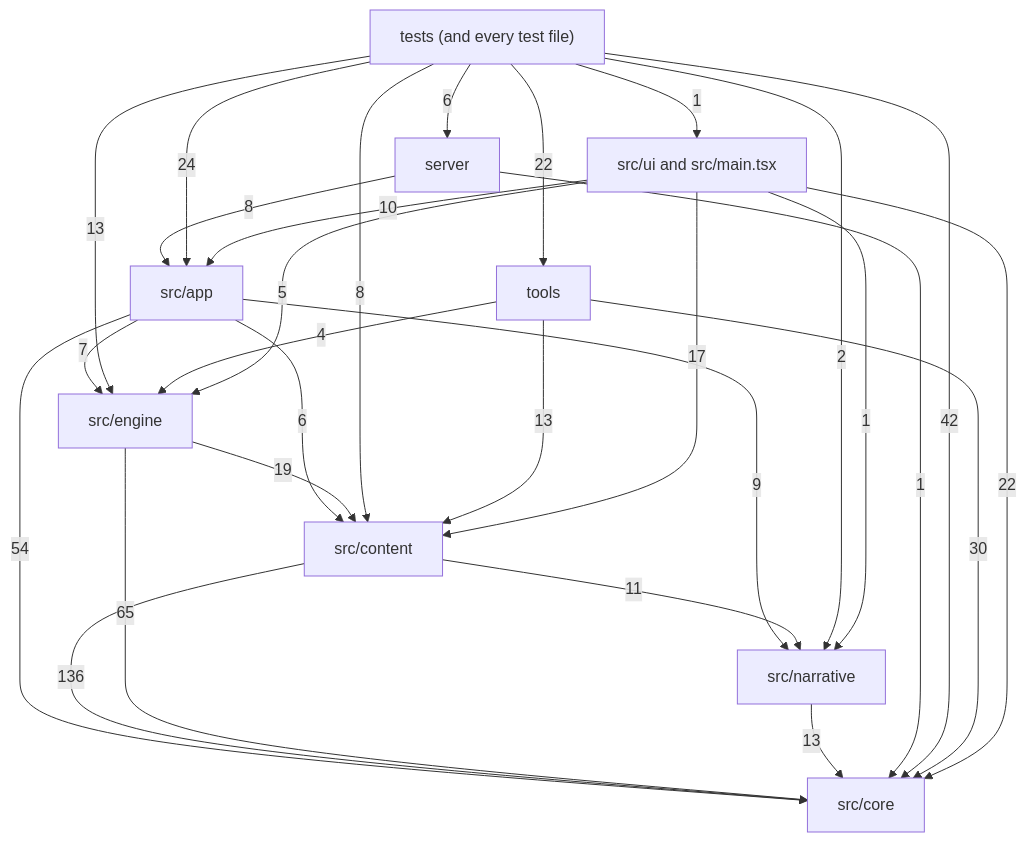
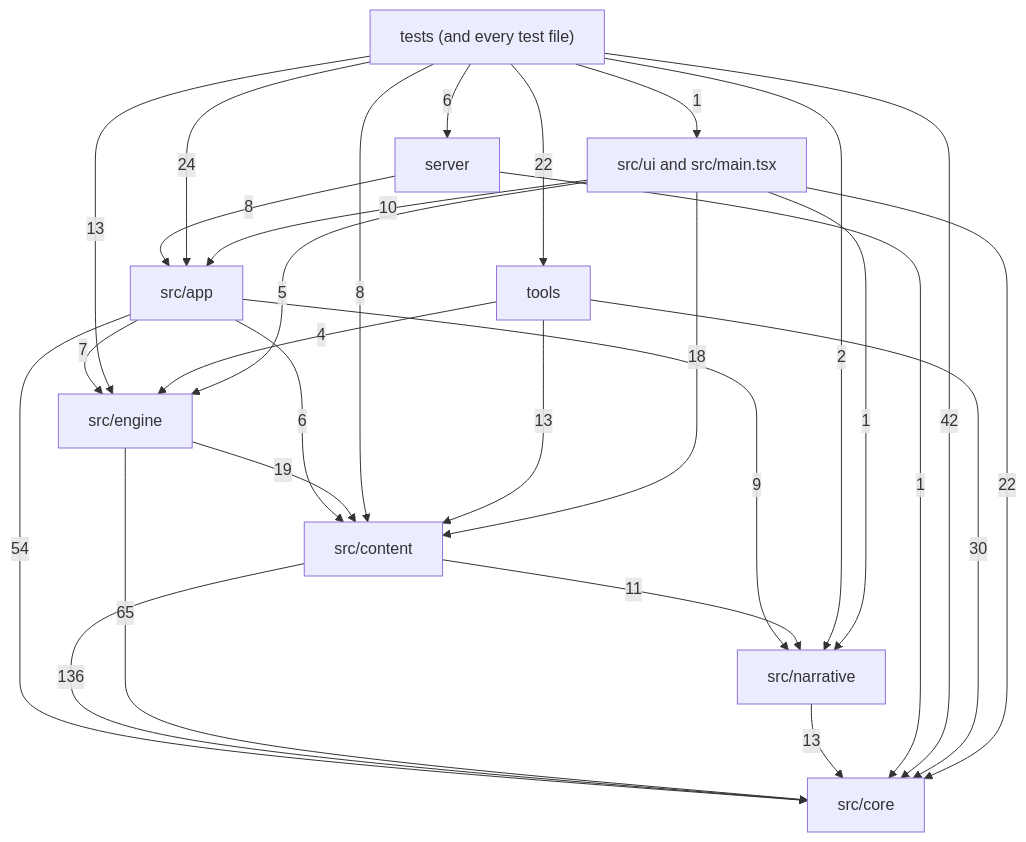
The diagram in docs/reference/code-map/README.md (OrangeB0lt/Cyber-funk), drawn with Mermaid before and after one commit. The commit also changed other lines of this file and 7 other files, not shown here.

````diff
--- a/docs/reference/code-map/README.md
+++ b/docs/reference/code-map/README.md
@@ -29,39 +29,39 @@
 ```mermaid
 flowchart TD
   core["src/core"]
   narrative["src/narrative"]
   content["src/content"]
   engine["src/engine"]
   app["src/app"]
   ui["src/ui and src/main.tsx"]
   server["server"]
   tools["tools"]
   tests["tests (and every test file)"]
   app -->|6| content
   app -->|54| core
   app -->|7| engine
   app -->|9| narrative
   content -->|136| core
   content -->|11| narrative
   engine -->|19| content
   engine -->|65| core
   narrative -->|13| core
   server -->|8| app
   server -->|1| core
   tests -->|24| app
   tests -->|8| content
   tests -->|42| core
   tests -->|13| engine
   tests -->|2| narrative
   tests -->|6| server
   tests -->|22| tools
   tests -->|1| ui
   tools -->|13| content
   tools -->|30| core
   tools -->|4| engine
   ui -->|10| app
-  ui -->|17| content
+  ui -->|18| content
   ui -->|22| core
   ui -->|5| engine
   ui -->|1| narrative
 ```
````
